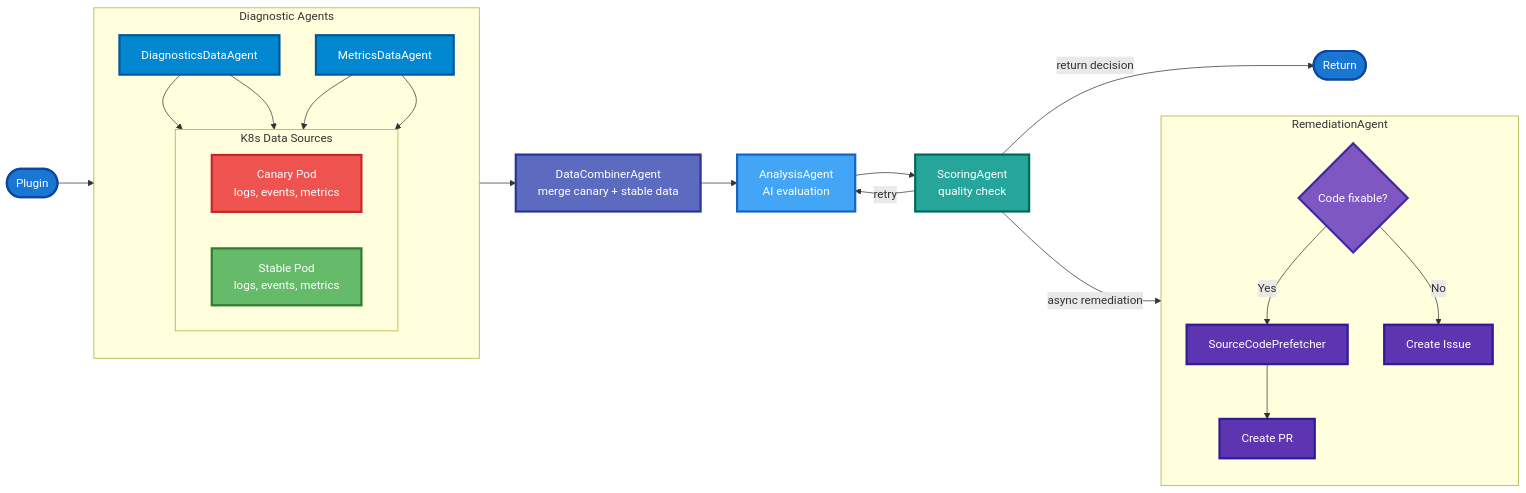
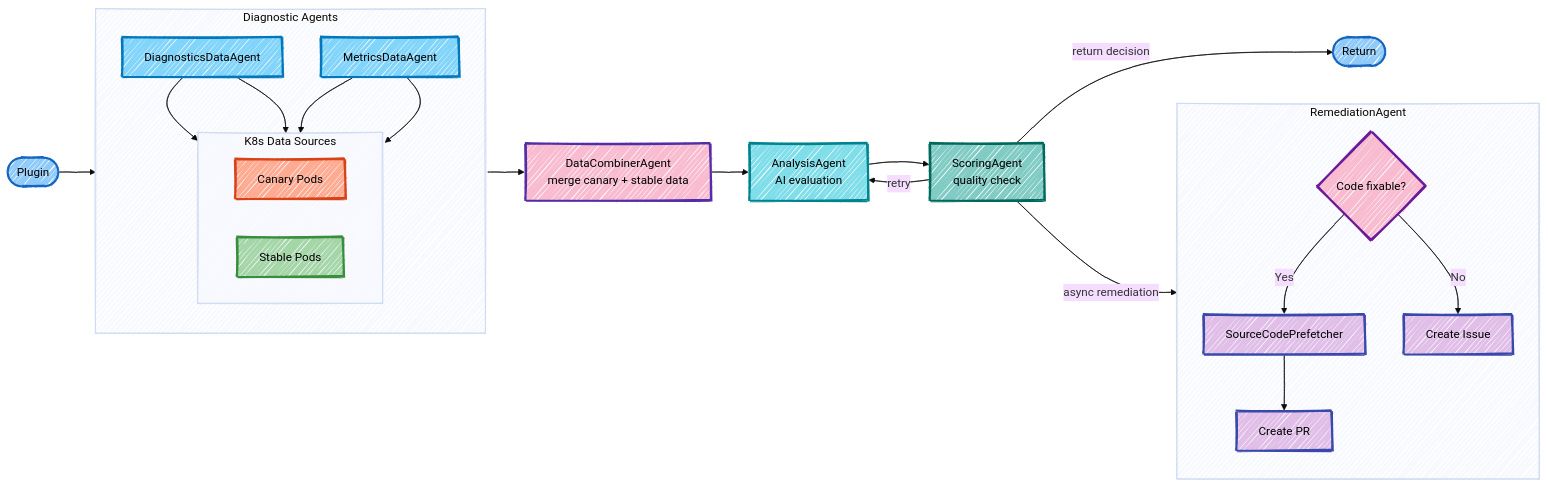
The diagram in README.md (kdubois/kubernetes-aiops-agent), drawn with Mermaid before and after one commit.

Commit message:
make diagram more readable

````diff
--- a/README.md
+++ b/README.md
@@ -89,51 +89,53 @@
 ```mermaid
+%%{init: {'theme': 'base', 'look': 'handDrawn'}}%%
 flowchart LR
     A([Plugin]):::plugin --> B
 
     subgraph B[Diagnostic Agents]
         direction TB
         B1[DiagnosticsDataAgent]:::diagnostic
         B2[MetricsDataAgent]:::diagnostic
         
         subgraph K8S[K8s Data Sources]
             direction LR
-            K1[Canary Pod<br/>logs, events, metrics]:::canary
-            K2[Stable Pod<br/>logs, events, metrics]:::stable
+            K1[Canary Pods]:::canary
+            K2[Stable Pods]:::stable
         end
         
         B1 --> K1
         B1 --> K2
         B2 --> K1
         B2 --> K2
     end
 
     B --> C[DataCombinerAgent<br/>merge canary + stable data]:::combiner
     C --> D[AnalysisAgent<br/>AI evaluation]:::analysis
     D --> E[ScoringAgent<br/>quality check]:::scoring
 
     E -->|retry| D
     E -->|return decision| F([Return]):::plugin
 
     E -->|async remediation| G
 
     subgraph G[RemediationAgent]
         direction TB
         G1{Code fixable?}:::decision
         G2[SourceCodePrefetcher]:::remediation
         G3[Create PR]:::remediation
         G4[Create Issue]:::remediation
         G1 -->|Yes| G2
         G2 --> G3
         G1 -->|No| G4
     end
 
-    classDef plugin fill:#1976d2,stroke:#0d47a1,stroke-width:3px,color:#fff
-    classDef diagnostic fill:#0288d1,stroke:#01579b,stroke-width:3px,color:#fff
-    classDef canary fill:#ef5350,stroke:#c62828,stroke-width:3px,color:#fff
-    classDef stable fill:#66bb6a,stroke:#2e7d32,stroke-width:3px,color:#fff
-    classDef combiner fill:#5c6bc0,stroke:#283593,stroke-width:3px,color:#fff
-    classDef analysis fill:#42a5f5,stroke:#1565c0,stroke-width:3px,color:#fff
-    classDef scoring fill:#26a69a,stroke:#00695c,stroke-width:3px,color:#fff
-    classDef decision fill:#7e57c2,stroke:#4527a0,stroke-width:3px,color:#fff
-    classDef remediation fill:#5e35b1,stroke:#311b92,stroke-width:3px,color:#fff
+    classDef plugin fill:#90caf9,stroke:#1565c0,stroke-width:3px,color:#000
+    classDef data fill:#c5e1a5,stroke:#558b2f,stroke-width:3px,color:#000
+    classDef diagnostic fill:#81d4fa,stroke:#0277bd,stroke-width:3px,color:#000
+    classDef canary fill:#ffab91,stroke:#d84315,stroke-width:3px,color:#000
+    classDef stable fill:#a5d6a7,stroke:#388e3c,stroke-width:3px,color:#000
+    classDef combiner fill:#f8bbd0,stroke:#512da8,stroke-width:3px,color:#000
+    classDef analysis fill:#80deea,stroke:#00838f,stroke-width:3px,color:#000
+    classDef scoring fill:#80cbc4,stroke:#00695c,stroke-width:3px,color:#000
+    classDef decision fill:#f8bbd0,stroke:#6a1b9a,stroke-width:3px,color:#000
+    classDef remediation fill:#e1bee7,stroke:#3949ab,stroke-width:3px,color:#000
 ```
````
